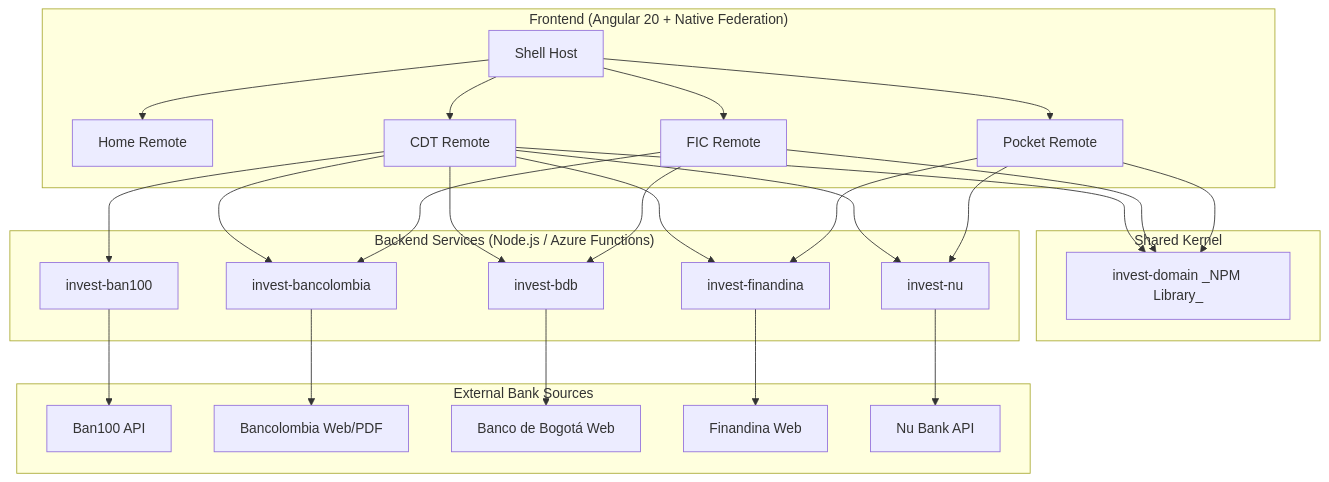
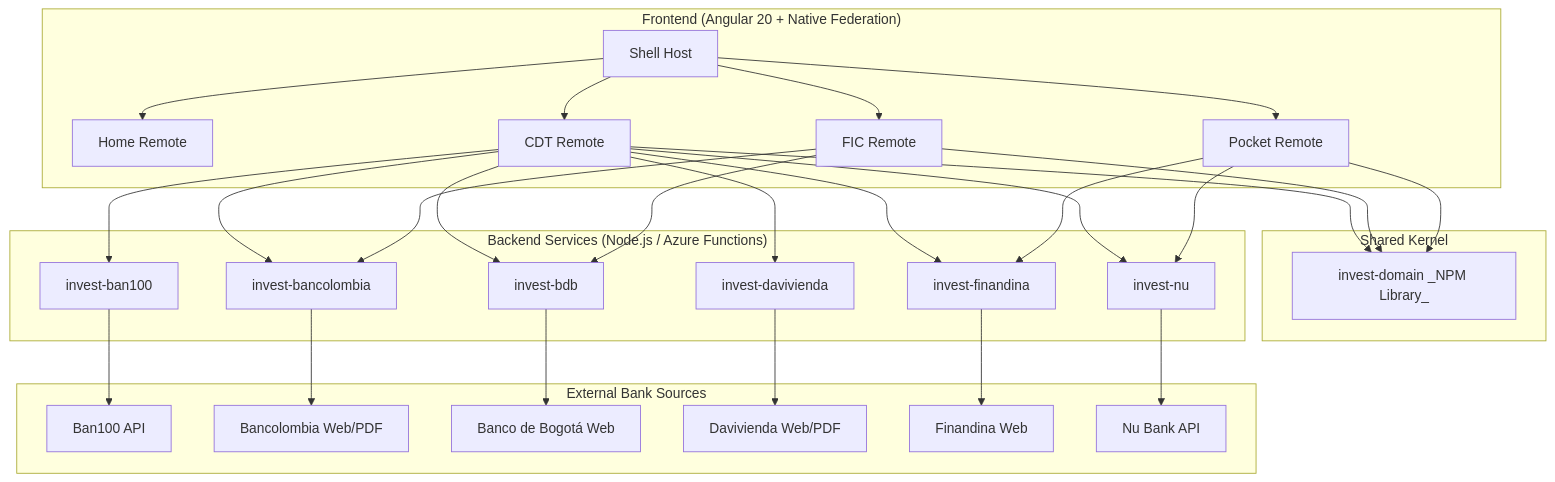
One commit to Dark-Light-20/investments-project changed the diagram in README.md. Above: the diagram before and after it, drawn with Mermaid. The commit also changed other lines of this file, not shown here.

Commit message:
docs(invest-davivienda): :memo: Add Davivienda API and web integration details

````diff
--- a/README.md
+++ b/README.md
@@ -28,57 +28,61 @@
 ```mermaid
 graph TD
     subgraph "Frontend (Angular 20 + Native Federation)"
         Shell[Shell Host]
         Home[Home Remote]
         CDT[CDT Remote]
         FIC[FIC Remote]
         Pocket[Pocket Remote]
 
         Shell --> Home
         Shell --> CDT
         Shell --> FIC
         Shell --> Pocket
     end
 
     subgraph "Shared Kernel"
         Domain[invest-domain _NPM Library_]
     end
 
     subgraph "Backend Services (Node.js / Azure Functions)"
         API_Ban100[invest-ban100]
         API_Bancolombia[invest-bancolombia]
         API_BDB[invest-bdb]
+        API_Davivienda[invest-davivienda]
         API_Finandina[invest-finandina]
         API_Nu[invest-nu]
     end
 
     subgraph "External Bank Sources"
         Web_Ban100[Ban100 API]
         Web_Bancolombia[Bancolombia Web/PDF]
         Web_BDB[Banco de Bogotá Web]
+        Web_Davivienda[Davivienda Web/PDF]
         Web_Finandina[Finandina Web]
         Web_Nu[Nu Bank API]
     end
 
     CDT --> Domain
     FIC --> Domain
     Pocket --> Domain
 
     CDT --> API_Ban100
     CDT --> API_Bancolombia
     CDT --> API_BDB
+    CDT --> API_Davivienda
     CDT --> API_Finandina
     CDT --> API_Nu
 
     FIC --> API_Bancolombia
     FIC --> API_BDB
 
     Pocket --> API_Finandina
     Pocket --> API_Nu
 
     API_Ban100 --> Web_Ban100
     API_Bancolombia --> Web_Bancolombia
     API_BDB --> Web_BDB
+    API_Davivienda --> Web_Davivienda
     API_Finandina --> Web_Finandina
     API_Nu --> Web_Nu
 ```
````
